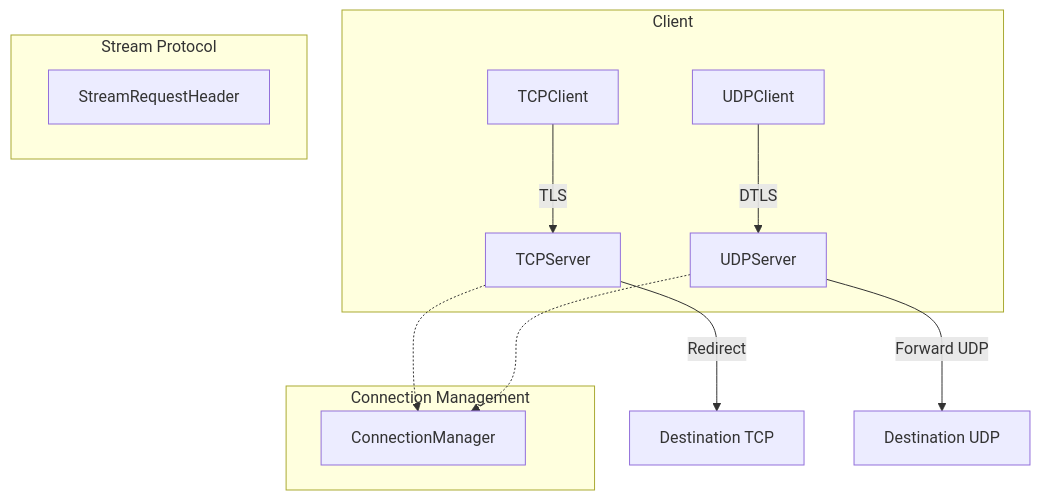
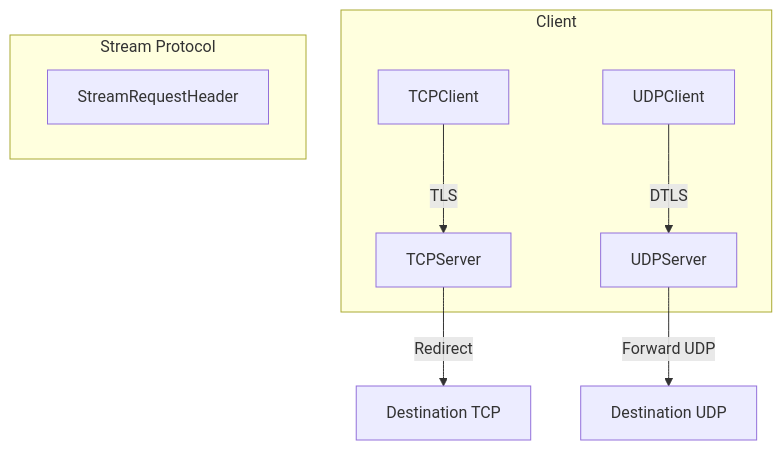
Before and after one commit to yusing/godoxy: the diagram in agent/pkg/agent/stream/README.md, drawn with Mermaid. The commit also changed other lines of this file, not shown here.

Commit message:
refactor(stream): update README to remove ConnectionManager details and clarify connection handling for TCP and UDP servers

````diff
--- a/agent/pkg/agent/stream/README.md
+++ b/agent/pkg/agent/stream/README.md
@@ -7,21 +7,14 @@
 ```mermaid
 graph TD
     subgraph Client
         TC[TCPClient] -->|TLS| TSS[TCPServer]
         UC[UDPClient] -->|DTLS| USS[UDPServer]
     end
 
     subgraph Stream Protocol
         H[StreamRequestHeader]
     end
 
     TSS -->|Redirect| DST1[Destination TCP]
     USS -->|Forward UDP| DST2[Destination UDP]
-
-    subgraph Connection Management
-        CM[ConnectionManager]
-    end
-
-    TSS -.-> CM
-    USS -.-> CM
 ```
````
